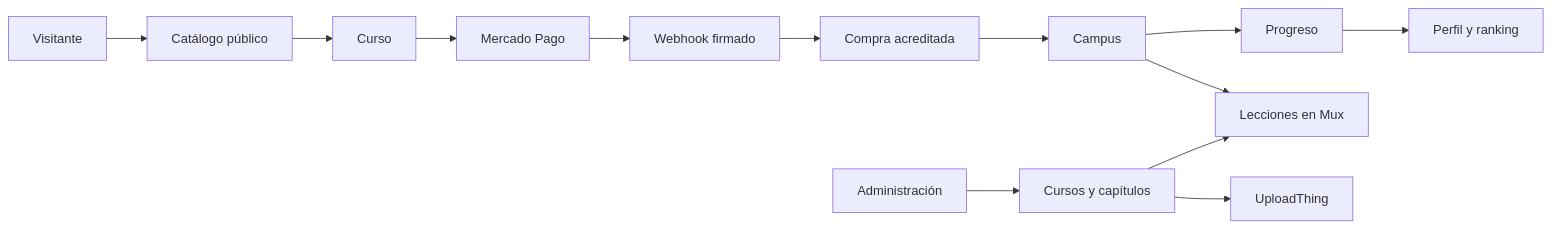
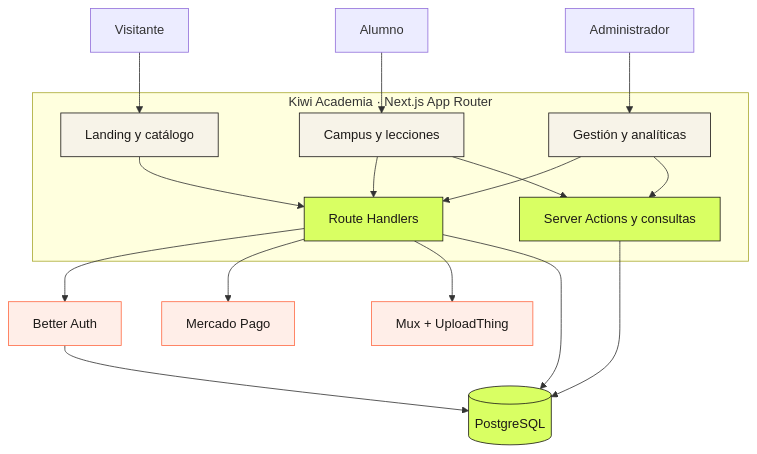
Before and after one commit to 0xventure-s/kiwi-academia: the first of 3 diagrams in README.md, drawn with Mermaid. The commit also changed other lines of this file and 17 other files, not shown here.

````diff
--- a/README.md
+++ b/README.md
@@ -92,15 +184,34 @@
 ```mermaid
-flowchart LR
-  A[Visitante] --> B[Catálogo público]
-  B --> C[Curso]
-  C --> D[Mercado Pago]
-  D --> E[Webhook firmado]
-  E --> F[Compra acreditada]
-  F --> G[Campus]
-  G --> H[Lecciones en Mux]
-  G --> I[Progreso]
-  I --> J[Perfil y ranking]
-  K[Administración] --> L[Cursos y capítulos]
-  L --> M[UploadThing]
-  L --> H
+flowchart TB
+  Visitor[Visitante] --> Marketing[Landing y catálogo]
+  Student[Alumno] --> Campus[Campus y lecciones]
+  Admin[Administrador] --> Backoffice[Gestión y analíticas]
+
+  subgraph App[Kiwi Academia · Next.js App Router]
+    Marketing
+    Campus
+    Backoffice
+    API[Route Handlers]
+    Actions[Server Actions y consultas]
+  end
+
+  Marketing --> API
+  Campus --> API
+  Backoffice --> API
+  Campus --> Actions
+  Backoffice --> Actions
+
+  API --> Auth[Better Auth]
+  API --> Payments[Mercado Pago]
+  API --> Media[Mux + UploadThing]
+  API --> DB[(PostgreSQL)]
+  Actions --> DB
+  Auth --> DB
+
+  classDef surface fill:#F7F3E8,stroke:#1C1917,color:#1C1917;
+  classDef core fill:#D9FF63,stroke:#1C1917,color:#1C1917;
+  classDef external fill:#FFEEE8,stroke:#FF6B45,color:#1C1917;
+  class Marketing,Campus,Backoffice surface;
+  class API,Actions,DB core;
+  class Auth,Payments,Media external;
 ```
````
